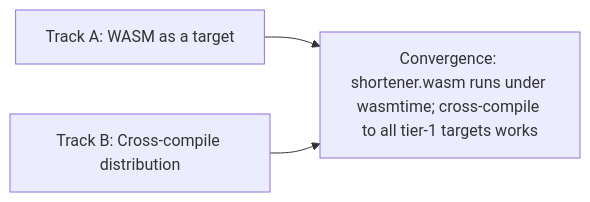
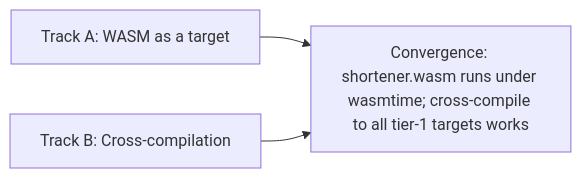
One commit to koja-lang/koja changed the second of 2 diagrams in design/ROADMAP.md. Above: the diagram before and after it, drawn with Mermaid. The commit also changed other lines of this file and 26 other files, not shown here.

````diff
--- a/design/ROADMAP.md
+++ b/design/ROADMAP.md
@@ -315,5 +325,5 @@
 ```mermaid
 flowchart LR
   WasmTrack["Track A: WASM as a target"] --> P6Conv["Convergence: shortener.wasm runs under wasmtime; cross-compile to all tier-1 targets works"]
-  CrossTrack["Track B: Cross-compile distribution"] --> P6Conv
+  CrossTrack["Track B: Cross-compilation"] --> P6Conv
 ```
````
